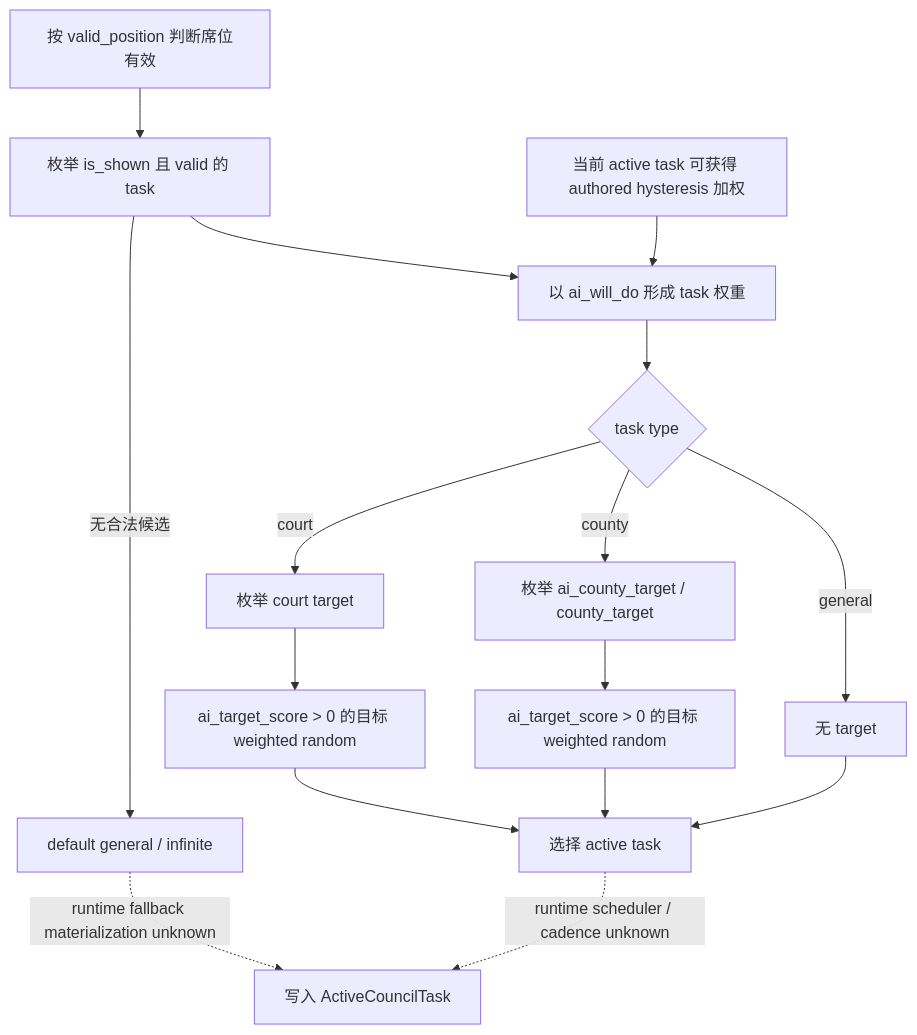
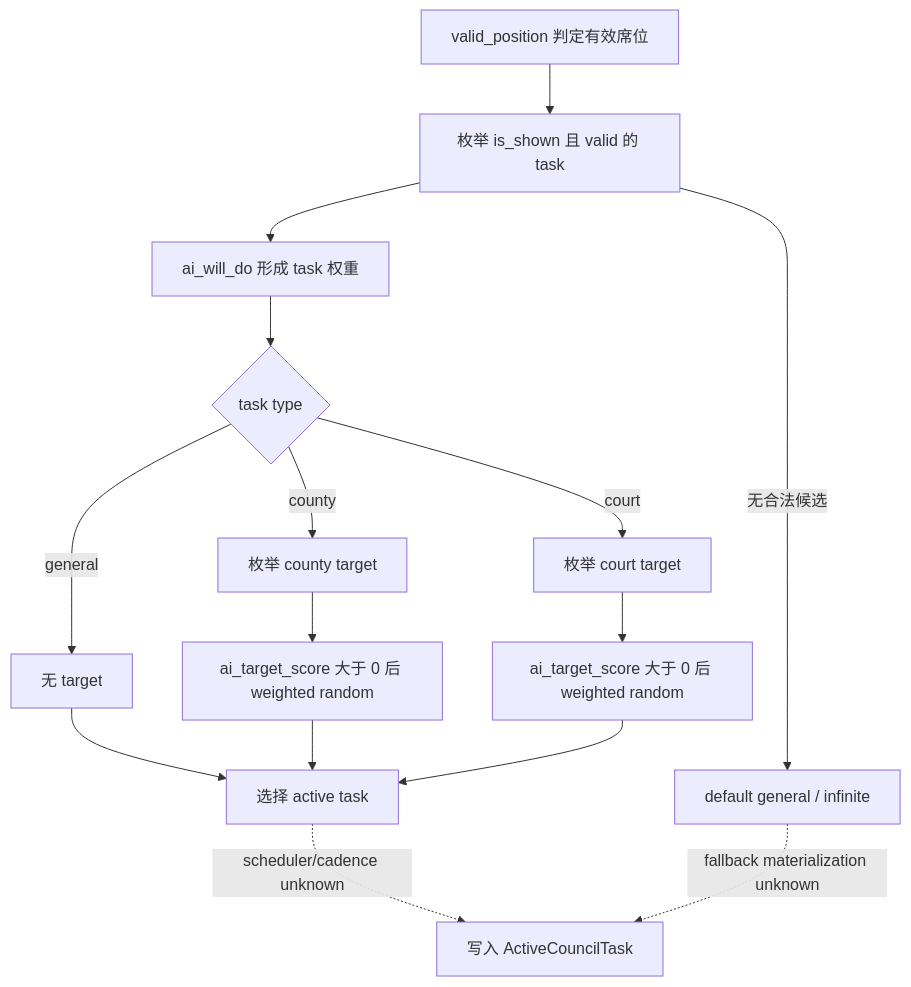
Before and after one commit to XenoAmess/ck3_eternal_recurrence: the first of 2 diagrams in docs/ck3-native-ai/council-and-development.md, drawn with Mermaid. The commit also changed other lines of this file and 21 other files, not shown here.

````diff
--- a/docs/ck3-native-ai/council-and-development.md
+++ b/docs/ck3-native-ai/council-and-development.md
@@ -104,18 +128,17 @@
 ```mermaid
 flowchart TD
-    P[按 valid_position 判断席位有效] --> S[枚举 is_shown 且 valid 的 task]
-    S --> W[以 ai_will_do 形成 task 权重]
+    P[valid_position 判定有效席位] --> S[枚举 is_shown 且 valid 的 task]
+    S --> W[ai_will_do 形成 task 权重]
     W --> K{task type}
     K -->|general| G[无 target]
-    K -->|county| C[枚举 ai_county_target / county_target]
+    K -->|county| C[枚举 county target]
     K -->|court| R[枚举 court target]
-    C --> CS[ai_target_score > 0 的目标 weighted random]
-    R --> RS[ai_target_score > 0 的目标 weighted random]
+    C --> CS[ai_target_score 大于 0 后 weighted random]
+    R --> RS[ai_target_score 大于 0 后 weighted random]
     G --> A[选择 active task]
     CS --> A
     RS --> A
     S -->|无合法候选| D[default general / infinite]
-    H[当前 active task 可获得 authored hysteresis 加权] --> W
-    A -. runtime scheduler / cadence unknown .-> T[写入 ActiveCouncilTask]
-    D -. runtime fallback materialization unknown .-> T
+    A -. scheduler/cadence unknown .-> T[写入 ActiveCouncilTask]
+    D -. fallback materialization unknown .-> T
 ```
````
